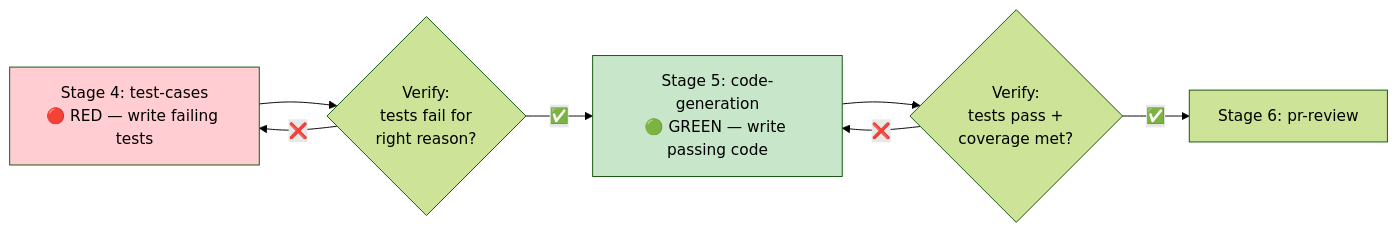
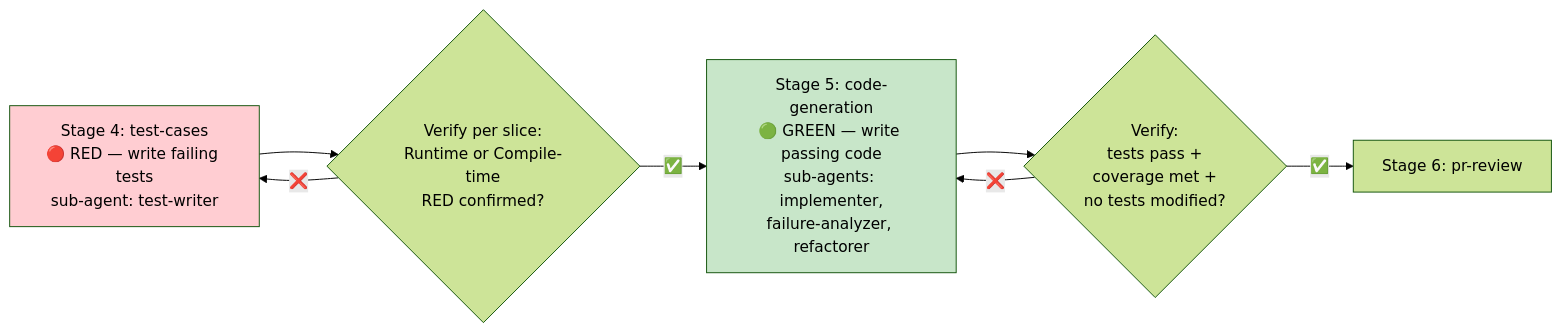
The diagram in 07-Workflows/poc-workflow/opencode/skills/README.md (huangzhiqiu/ai-knowledge-design), drawn with Mermaid (forest theme) before and after one commit. The commit also changed other lines of this file and 7 other files, not shown here.

````diff
--- a/07-Workflows/poc-workflow/opencode/skills/README.md
+++ b/07-Workflows/poc-workflow/opencode/skills/README.md
@@ -109,12 +183,12 @@
 ```mermaid
 flowchart LR
-    S4[Stage 4: test-cases<br/>🔴 RED — write failing tests] --> V4{Verify:<br/>tests fail for<br/>right reason?}
-    V4 -->|✅| S5[Stage 5: code-generation<br/>🟢 GREEN — write passing code]
+    S4[Stage 4: test-cases<br/>🔴 RED — write failing tests<br/>sub-agent: test-writer] --> V4{Verify per slice:<br/>Runtime or Compile-time<br/>RED confirmed?}
+    V4 -->|✅| S5[Stage 5: code-generation<br/>🟢 GREEN — write passing code<br/>sub-agents: implementer,<br/>failure-analyzer, refactorer]
     V4 -->|❌| S4
-    S5 --> V5{Verify:<br/>tests pass +<br/>coverage met?}
+    S5 --> V5{Verify:<br/>tests pass +<br/>coverage met +<br/>no tests modified?}
     V5 -->|✅| S6[Stage 6: pr-review]
     V5 -->|❌| S5
 
     style S4 fill:#ffcdd2
     style S5 fill:#c8e6c9
 ```
````
